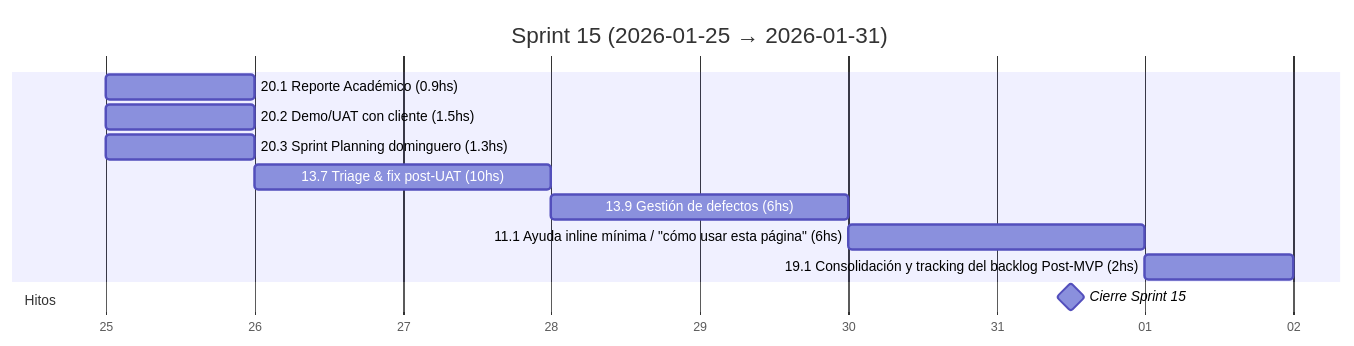
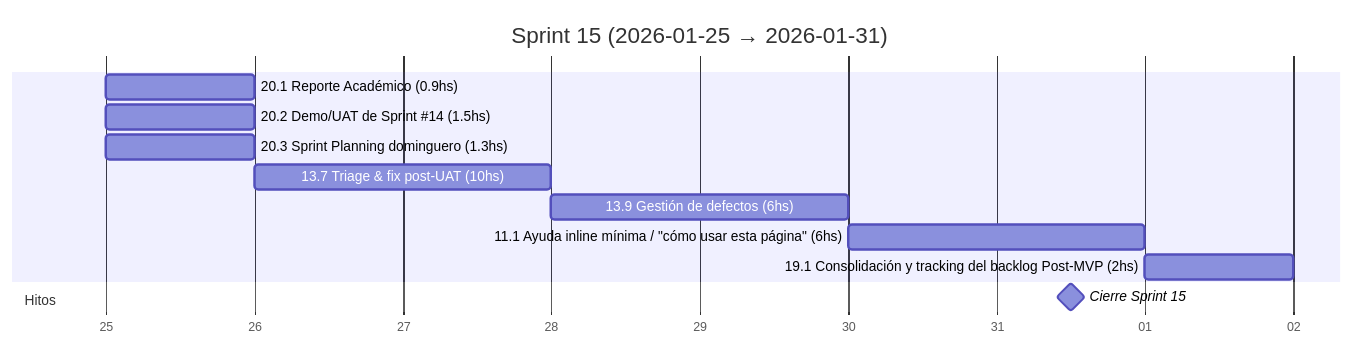
Before and after one commit to MarkMed/FleetMan: diagram 16 of 19 in docs/SprintsGantts.md, drawn with Mermaid. The commit also changed other lines of this file and 2 other files, not shown here.

Commit message:
feat: Update Sprint planning for sprint 11 and update Gantt charts

````diff
--- a/docs/SprintsGantts.md
+++ b/docs/SprintsGantts.md
@@ -452,19 +456,19 @@
 ```mermaid
 gantt
   title Sprint 15 (2026-01-25 → 2026-01-31)
   dateFormat  YYYY-MM-DD
   axisFormat  %d
 
   %% Asumimos 5 h/día. Horas estimadas incluidas en el nombre.
 
   20.1 Reporte Académico (0.9hs)               :t201, 2026-01-25, 1d
-  20.2 Demo/UAT con cliente (1.5hs)            :t202, 2026-01-25, 1d
+  20.2 Demo/UAT de Sprint #14 (1.5hs)          :t202, 2026-01-25, 1d
   20.3 Sprint Planning dominguero (1.3hs)      :t203, 2026-01-25, 1d
   13.7 Triage & fix post-UAT (10hs)            :t137, after t203, 2d
   13.9 Gestión de defectos (6hs)               :t139, after t137, 2d
   11.1 Ayuda inline mínima / "cómo usar esta página" (6hs) :t111, after t139, 2d
   19.1 Consolidación y tracking del backlog Post-MVP (2hs) :t191, after t111, 1d
 
   section Hitos
   Cierre Sprint 15                             :milestone, s15, 2026-01-31, 1d
 ```
````
